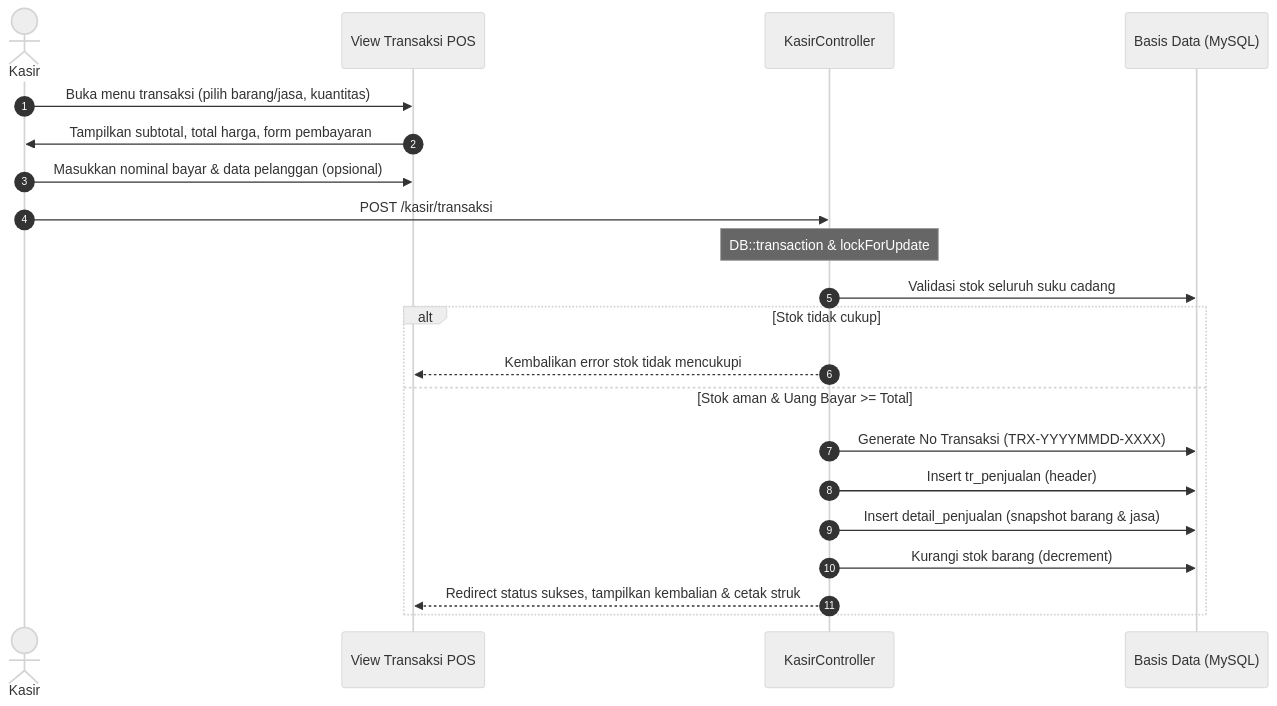
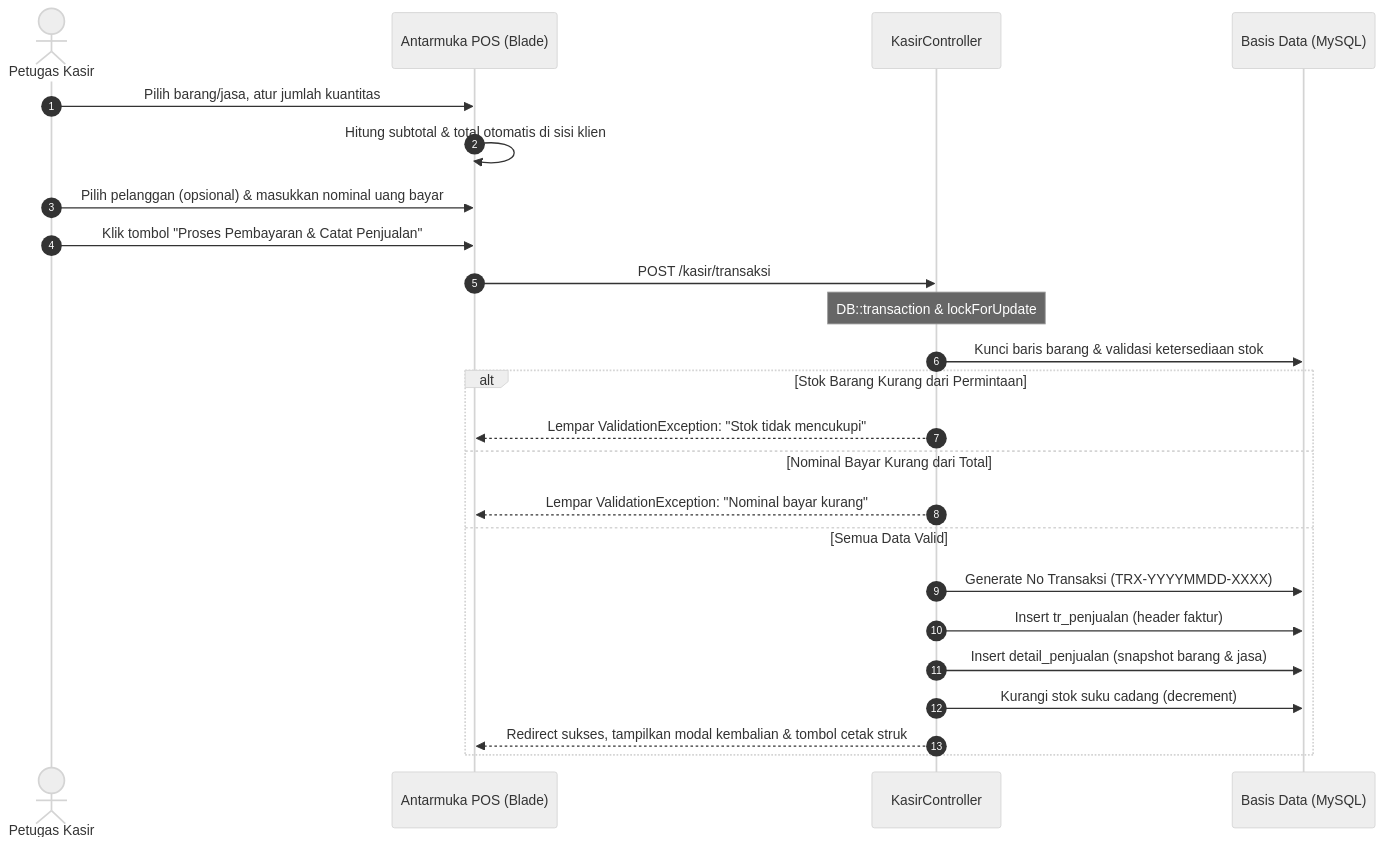
Before and after one commit to Tezz22/Aplikasi-POS-Bengkel-Pradan-Motor: the fourth of 5 diagrams in alur.md, drawn with Mermaid (neutral theme). The commit also changed other lines of this file and 13 other files, not shown here.

Commit message:
update transaksi kasir

````diff
--- a/alur.md
+++ b/alur.md
@@ -256,24 +314,27 @@
 ```mermaid
 sequenceDiagram
     autonumber
-    actor K as Kasir
-    participant POS as View Transaksi POS
+    actor K as Petugas Kasir
+    participant UI as Antarmuka POS (Blade)
     participant C as KasirController
     participant DB as Basis Data (MySQL)
 
-    K->>POS: Buka menu transaksi (pilih barang/jasa, kuantitas)
-    POS->>K: Tampilkan subtotal, total harga, form pembayaran
-    K->>POS: Masukkan nominal bayar & data pelanggan (opsional)
-    K->>C: POST /kasir/transaksi
+    K->>UI: Pilih barang/jasa, atur jumlah kuantitas
+    UI->>UI: Hitung subtotal & total otomatis di sisi klien
+    K->>UI: Pilih pelanggan (opsional) & masukkan nominal uang bayar
+    K->>UI: Klik tombol "Proses Pembayaran & Catat Penjualan"
+    UI->>C: POST /kasir/transaksi
     Note over C: DB::transaction & lockForUpdate
-    C->>DB: Validasi stok seluruh suku cadang
-    alt Stok tidak cukup
-        C-->>POS: Kembalikan error stok tidak mencukupi
-    else Stok aman & Uang Bayar >= Total
+    C->>DB: Kunci baris barang & validasi ketersediaan stok
+    alt Stok Barang Kurang dari Permintaan
+        C-->>UI: Lempar ValidationException: "Stok tidak mencukupi"
+    else Nominal Bayar Kurang dari Total
+        C-->>UI: Lempar ValidationException: "Nominal bayar kurang"
+    else Semua Data Valid
         C->>DB: Generate No Transaksi (TRX-YYYYMMDD-XXXX)
-        C->>DB: Insert tr_penjualan (header)
+        C->>DB: Insert tr_penjualan (header faktur)
         C->>DB: Insert detail_penjualan (snapshot barang & jasa)
-        C->>DB: Kurangi stok barang (decrement)
-        C-->>POS: Redirect status sukses, tampilkan kembalian & cetak struk
+        C->>DB: Kurangi stok suku cadang (decrement)
+        C-->>UI: Redirect sukses, tampilkan modal kembalian & tombol cetak struk
     end
 ```
````
